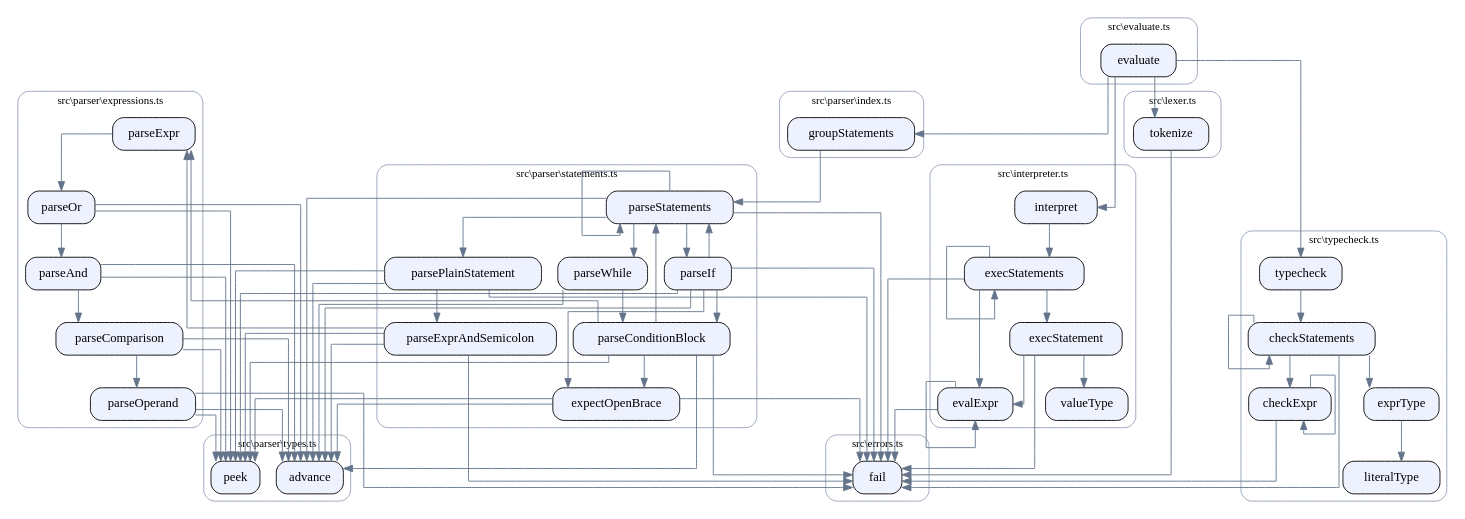
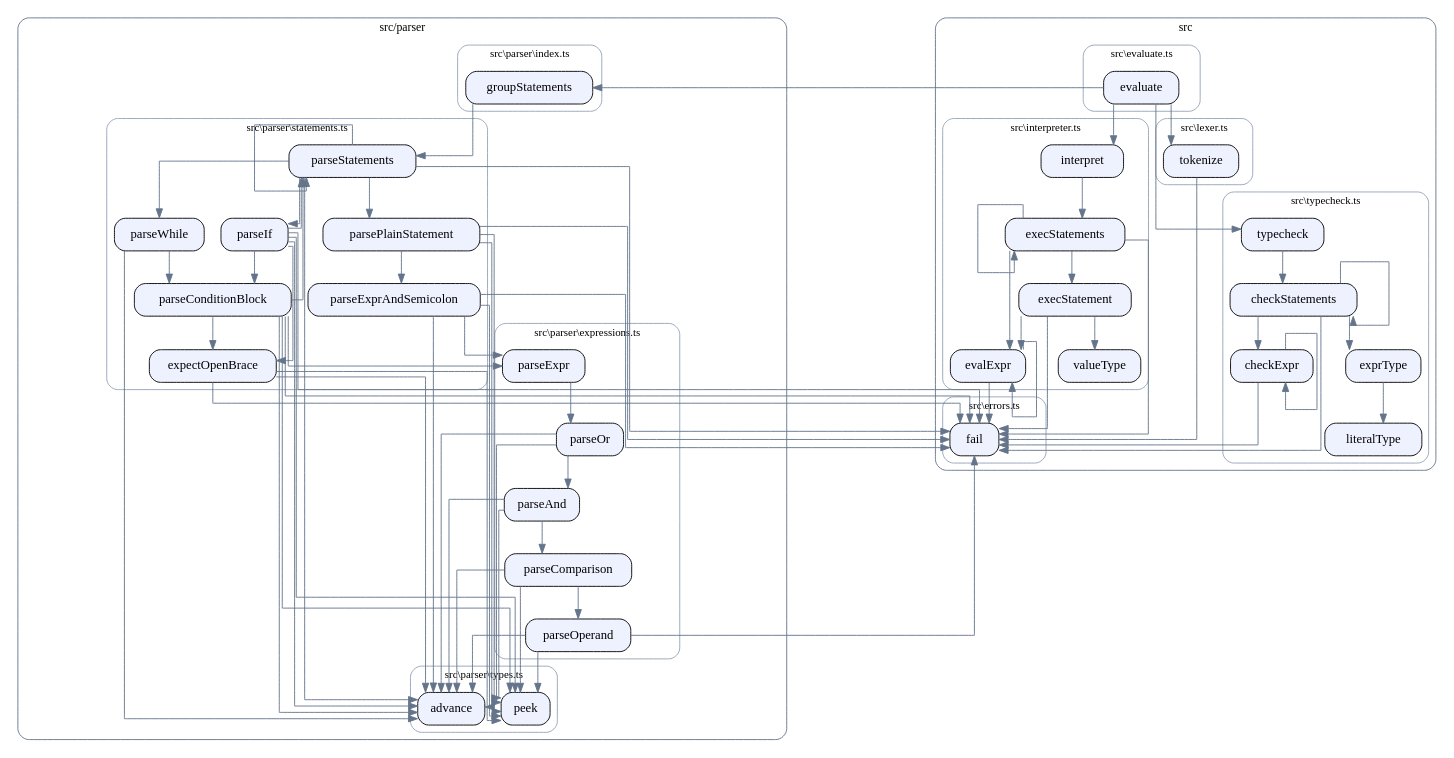
Before and after one commit to SirMathhman/Tuff: the diagram in docs/callgraph.dot, drawn with Graphviz. The commit also changed 6 other files, not shown here.

```diff
--- a/docs/callgraph.dot
+++ b/docs/callgraph.dot
@@ -1,165 +1,179 @@
 digraph tuff {
   rankdir=TB;
   splines=ortho;
   node [shape=box, style="rounded,filled", fillcolor="#eef2ff", fontname="Consolas"];
   edge [color="#64748b"];
+  subgraph "cluster_dir_src" {
+    style="rounded";
+    color="#64748b";
+    fontname="Consolas";
+    fontsize=13;
+    label="src";
   subgraph "cluster_src_errors_ts" {
     style="rounded";
     color="#94a3b8";
     fontname="Consolas";
     fontsize=12;
     label="src\\errors.ts";
     "src\\errors.ts::fail" [label="fail"];
   }
   subgraph "cluster_src_evaluate_ts" {
     style="rounded";
     color="#94a3b8";
     fontname="Consolas";
     fontsize=12;
     label="src\\evaluate.ts";
     "src\\evaluate.ts::evaluate" [label="evaluate"];
   }
   subgraph "cluster_src_interpreter_ts" {
     style="rounded";
     color="#94a3b8";
     fontname="Consolas";
     fontsize=12;
     label="src\\interpreter.ts";
     "src\\interpreter.ts::valueType" [label="valueType"];
     "src\\interpreter.ts::evalExpr" [label="evalExpr"];
     "src\\interpreter.ts::execStatement" [label="execStatement"];
     "src\\interpreter.ts::execStatements" [label="execStatements"];
     "src\\interpreter.ts::interpret" [label="interpret"];
   }
   subgraph "cluster_src_lexer_ts" {
     style="rounded";
     color="#94a3b8";
     fontname="Consolas";
     fontsize=12;
     label="src\\lexer.ts";
     "src\\lexer.ts::tokenize" [label="tokenize"];
   }
+  subgraph "cluster_src_typecheck_ts" {
+    style="rounded";
+    color="#94a3b8";
+    fontname="Consolas";
+    fontsize=12;
+    label="src\\typecheck.ts";
+    "src\\typecheck.ts::literalType" [label="literalType"];
+    "src\\typecheck.ts::checkExpr" [label="checkExpr"];
+    "src\\typecheck.ts::exprType" [label="exprType"];
+    "src\\typecheck.ts::checkStatements" [label="checkStatements"];
+    "src\\typecheck.ts::typecheck" [label="typecheck"];
+  }
+  }
+  subgraph "cluster_dir_src_parser" {
+    style="rounded";
+    color="#64748b";
+    fontname="Consolas";
+    fontsize=13;
+    label="src/parser";
   subgraph "cluster_src_parser_expressions_ts" {
     style="rounded";
     color="#94a3b8";
     fontname="Consolas";
     fontsize=12;
     label="src\\parser\\expressions.ts";
     "src\\parser\\expressions.ts::parseExpr" [label="parseExpr"];
     "src\\parser\\expressions.ts::parseOr" [label="parseOr"];
     "src\\parser\\expressions.ts::parseAnd" [label="parseAnd"];
     "src\\parser\\expressions.ts::parseComparison" [label="parseComparison"];
     "src\\parser\\expressions.ts::parseOperand" [label="parseOperand"];
   }
   subgraph "cluster_src_parser_index_ts" {
     style="rounded";
     color="#94a3b8";
     fontname="Consolas";
     fontsize=12;
     label="src\\parser\\index.ts";
     "src\\parser\\index.ts::groupStatements" [label="groupStatements"];
   }
   subgraph "cluster_src_parser_statements_ts" {
     style="rounded";
     color="#94a3b8";
     fontname="Consolas";
     fontsize=12;
     label="src\\parser\\statements.ts";
     "src\\parser\\statements.ts::parseStatements" [label="parseStatements"];
     "src\\parser\\statements.ts::parseExprAndSemicolon" [label="parseExprAndSemicolon"];
     "src\\parser\\statements.ts::expectOpenBrace" [label="expectOpenBrace"];
     "src\\parser\\statements.ts::parsePlainStatement" [label="parsePlainStatement"];
     "src\\parser\\statements.ts::parseConditionBlock" [label="parseConditionBlock"];
     "src\\parser\\statements.ts::parseIf" [label="parseIf"];
     "src\\parser\\statements.ts::parseWhile" [label="parseWhile"];
   }
   subgraph "cluster_src_parser_types_ts" {
     style="rounded";
     color="#94a3b8";
     fontname="Consolas";
     fontsize=12;
     label="src\\parser\\types.ts";
     "src\\parser\\types.ts::peek" [label="peek"];
     "src\\parser\\types.ts::advance" [label="advance"];
   }
-  subgraph "cluster_src_typecheck_ts" {
-    style="rounded";
-    color="#94a3b8";
-    fontname="Consolas";
-    fontsize=12;
-    label="src\\typecheck.ts";
-    "src\\typecheck.ts::literalType" [label="literalType"];
-    "src\\typecheck.ts::checkExpr" [label="checkExpr"];
-    "src\\typecheck.ts::exprType" [label="exprType"];
-    "src\\typecheck.ts::checkStatements" [label="checkStatements"];
-    "src\\typecheck.ts::typecheck" [label="typecheck"];
   }
   "src\\evaluate.ts::evaluate" -> "src\\lexer.ts::tokenize";
   "src\\evaluate.ts::evaluate" -> "src\\parser\\index.ts::groupStatements";
   "src\\evaluate.ts::evaluate" -> "src\\typecheck.ts::typecheck";
   "src\\evaluate.ts::evaluate" -> "src\\interpreter.ts::interpret";
   "src\\interpreter.ts::evalExpr" -> "src\\errors.ts::fail";
   "src\\interpreter.ts::evalExpr" -> "src\\interpreter.ts::evalExpr";
   "src\\interpreter.ts::execStatement" -> "src\\errors.ts::fail";
   "src\\interpreter.ts::execStatement" -> "src\\interpreter.ts::evalExpr";
   "src\\interpreter.ts::execStatement" -> "src\\interpreter.ts::valueType";
   "src\\interpreter.ts::execStatements" -> "src\\interpreter.ts::execStatements";
   "src\\interpreter.ts::execStatements" -> "src\\errors.ts::fail";
   "src\\interpreter.ts::execStatements" -> "src\\interpreter.ts::evalExpr";
   "src\\interpreter.ts::execStatements" -> "src\\interpreter.ts::execStatement";
   "src\\interpreter.ts::interpret" -> "src\\interpreter.ts::execStatements";
   "src\\lexer.ts::tokenize" -> "src\\errors.ts::fail";
   "src\\parser\\expressions.ts::parseExpr" -> "src\\parser\\expressions.ts::parseOr";
   "src\\parser\\expressions.ts::parseOr" -> "src\\parser\\expressions.ts::parseAnd";
   "src\\parser\\expressions.ts::parseOr" -> "src\\parser\\types.ts::peek";
   "src\\parser\\expressions.ts::parseOr" -> "src\\parser\\types.ts::advance";
   "src\\parser\\expressions.ts::parseAnd" -> "src\\parser\\expressions.ts::parseComparison";
   "src\\parser\\expressions.ts::parseAnd" -> "src\\parser\\types.ts::peek";
   "src\\parser\\expressions.ts::parseAnd" -> "src\\parser\\types.ts::advance";
   "src\\parser\\expressions.ts::parseComparison" -> "src\\parser\\expressions.ts::parseOperand";
   "src\\parser\\expressions.ts::parseComparison" -> "src\\parser\\types.ts::peek";
   "src\\parser\\expressions.ts::parseComparison" -> "src\\parser\\types.ts::advance";
   "src\\parser\\expressions.ts::parseOperand" -> "src\\parser\\types.ts::peek";
   "src\\parser\\expressions.ts::parseOperand" -> "src\\errors.ts::fail";
   "src\\parser\\expressions.ts::parseOperand" -> "src\\parser\\types.ts::advance";
   "src\\parser\\index.ts::groupStatements" -> "src\\parser\\statements.ts::parseStatements";
   "src\\parser\\statements.ts::parseStatements" -> "src\\parser\\types.ts::advance";
   "src\\parser\\statements.ts::parseStatements" -> "src\\parser\\statements.ts::parseStatements";
   "src\\parser\\statements.ts::parseStatements" -> "src\\errors.ts::fail";
   "src\\parser\\statements.ts::parseStatements" -> "src\\parser\\statements.ts::parseIf";
   "src\\parser\\statements.ts::parseStatements" -> "src\\parser\\statements.ts::parseWhile";
   "src\\parser\\statements.ts::parseStatements" -> "src\\parser\\statements.ts::parsePlainStatement";
   "src\\parser\\statements.ts::parseExprAndSemicolon" -> "src\\parser\\expressions.ts::parseExpr";
   "src\\parser\\statements.ts::parseExprAndSemicolon" -> "src\\parser\\types.ts::peek";
   "src\\parser\\statements.ts::parseExprAndSemicolon" -> "src\\errors.ts::fail";
   "src\\parser\\statements.ts::parseExprAndSemicolon" -> "src\\parser\\types.ts::advance";
   "src\\parser\\statements.ts::expectOpenBrace" -> "src\\parser\\types.ts::peek";
   "src\\parser\\statements.ts::expectOpenBrace" -> "src\\errors.ts::fail";
   "src\\parser\\statements.ts::expectOpenBrace" -> "src\\parser\\types.ts::advance";
   "src\\parser\\statements.ts::parsePlainStatement" -> "src\\parser\\types.ts::peek";
   "src\\parser\\statements.ts::parsePlainStatement" -> "src\\errors.ts::fail";
   "src\\parser\\statements.ts::parsePlainStatement" -> "src\\parser\\types.ts::advance";
   "src\\parser\\statements.ts::parsePlainStatement" -> "src\\parser\\statements.ts::parseExprAndSemicolon";
   "src\\parser\\statements.ts::parseConditionBlock" -> "src\\parser\\types.ts::peek";
   "src\\parser\\statements.ts::parseConditionBlock" -> "src\\errors.ts::fail";
   "src\\parser\\statements.ts::parseConditionBlock" -> "src\\parser\\types.ts::advance";
   "src\\parser\\statements.ts::parseConditionBlock" -> "src\\parser\\expressions.ts::parseExpr";
   "src\\parser\\statements.ts::parseConditionBlock" -> "src\\parser\\statements.ts::expectOpenBrace";
   "src\\parser\\statements.ts::parseConditionBlock" -> "src\\parser\\statements.ts::parseStatements";
   "src\\parser\\statements.ts::parseIf" -> "src\\parser\\types.ts::advance";
   "src\\parser\\statements.ts::parseIf" -> "src\\parser\\statements.ts::parseConditionBlock";
   "src\\parser\\statements.ts::parseIf" -> "src\\parser\\types.ts::peek";
   "src\\parser\\statements.ts::parseIf" -> "src\\parser\\statements.ts::expectOpenBrace";
   "src\\parser\\statements.ts::parseIf" -> "src\\parser\\statements.ts::parseStatements";
   "src\\parser\\statements.ts::parseIf" -> "src\\errors.ts::fail";
   "src\\parser\\statements.ts::parseWhile" -> "src\\parser\\types.ts::advance";
   "src\\parser\\statements.ts::parseWhile" -> "src\\parser\\statements.ts::parseConditionBlock";
   "src\\typecheck.ts::checkExpr" -> "src\\errors.ts::fail";
   "src\\typecheck.ts::checkExpr" -> "src\\typecheck.ts::checkExpr";
   "src\\typecheck.ts::exprType" -> "src\\typecheck.ts::literalType";
   "src\\typecheck.ts::checkStatements" -> "src\\typecheck.ts::checkExpr";
   "src\\typecheck.ts::checkStatements" -> "src\\typecheck.ts::exprType";
   "src\\typecheck.ts::checkStatements" -> "src\\errors.ts::fail";
   "src\\typecheck.ts::checkStatements" -> "src\\typecheck.ts::checkStatements";
   "src\\typecheck.ts::typecheck" -> "src\\typecheck.ts::checkStatements";
 }
```
